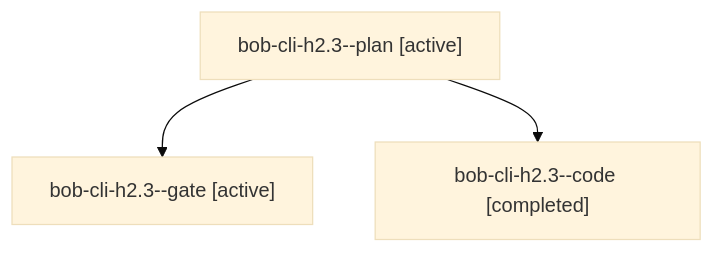
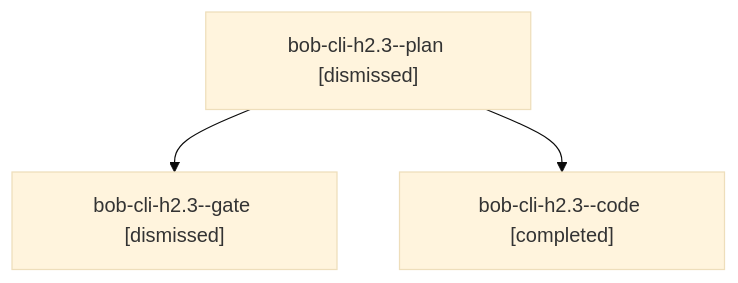
Before and after one commit to bobs-org/bob-cli--agents: the diagram in sessions/bbugyi200.apollo.bob-cli-h2.3.md, drawn with Mermaid (base theme). The commit also changed other lines of this file and 222 other files, not shown here.

````diff
--- a/sessions/bbugyi200.apollo.bob-cli-h2.3.md
+++ b/sessions/bbugyi200.apollo.bob-cli-h2.3.md
@@ -9,8 +9,8 @@
 ```mermaid
 flowchart TD
-  n0["bob-cli-h2.3--plan [active]"]
-  n1["bob-cli-h2.3--gate [active]"]
+  n0["bob-cli-h2.3--plan [dismissed]"]
+  n1["bob-cli-h2.3--gate [dismissed]"]
   n0 --> n1
   n2["bob-cli-h2.3--code [completed]"]
   n0 --> n2
 ```
````
